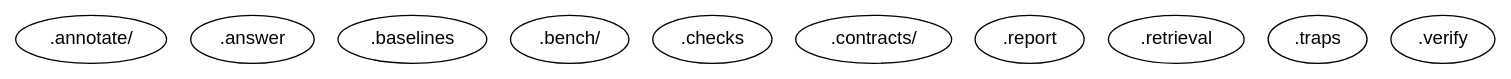
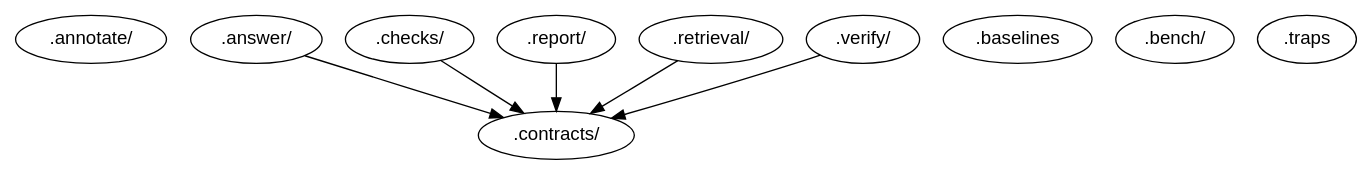
One commit to squliyev/bio-claim-check changed the diagram in docs/architecture/features.dot. Above: the diagram before and after it, drawn with Graphviz. The commit also changed 37 other files, not shown here.

```diff
--- a/docs/architecture/features.dot
+++ b/docs/architecture/features.dot
@@ -1,13 +1,18 @@
 digraph {
     node [fontname=helvetica]
     ".annotate" [label=".annotate/"]
-    ".answer"
+    ".answer" [label=".answer/"]
     ".baselines"
     ".bench" [label=".bench/"]
-    ".checks"
+    ".checks" [label=".checks/"]
     ".contracts" [label=".contracts/"]
-    ".report"
-    ".retrieval"
+    ".report" [label=".report/"]
+    ".retrieval" [label=".retrieval/"]
     ".traps"
-    ".verify"
+    ".verify" [label=".verify/"]
+    ".answer" ->  ".contracts"
+    ".checks" ->  ".contracts"
+    ".report" ->  ".contracts"
+    ".retrieval" ->  ".contracts"
+    ".verify" ->  ".contracts"
 }
```
